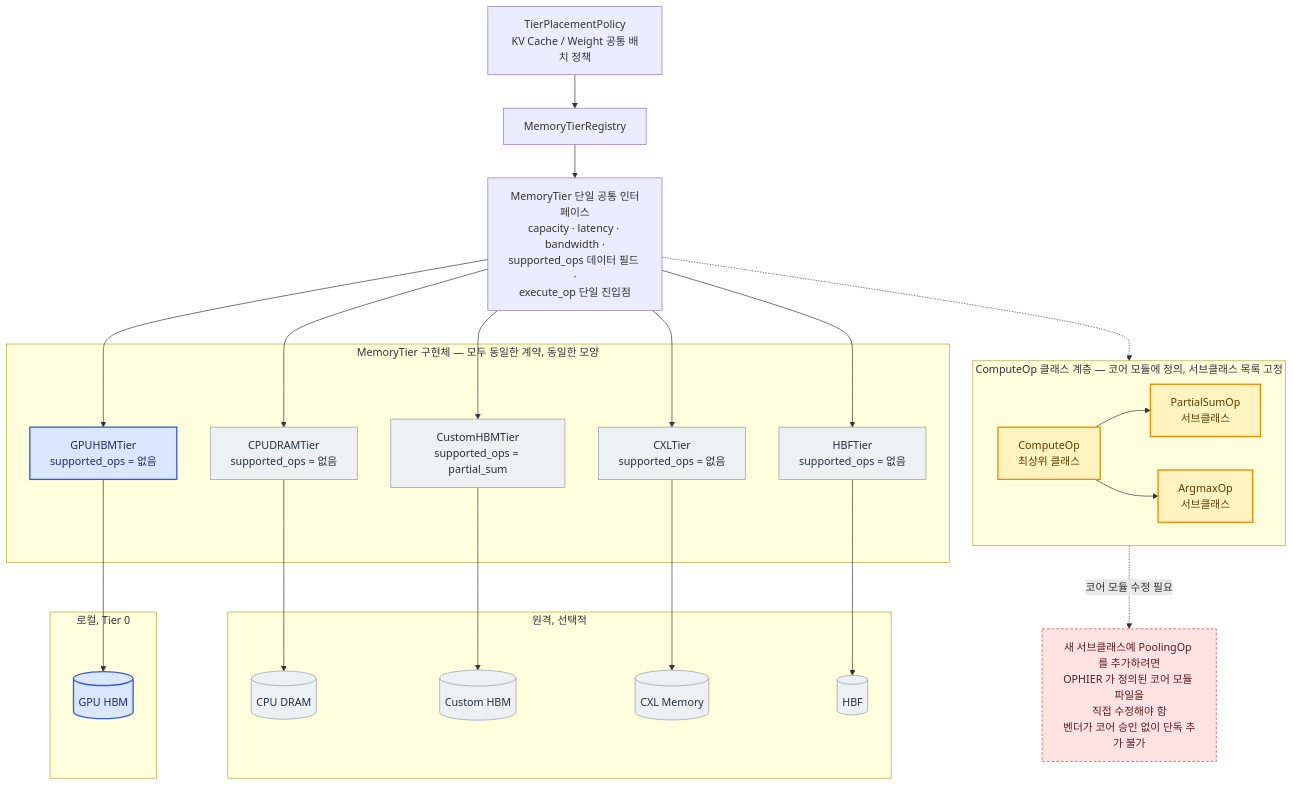
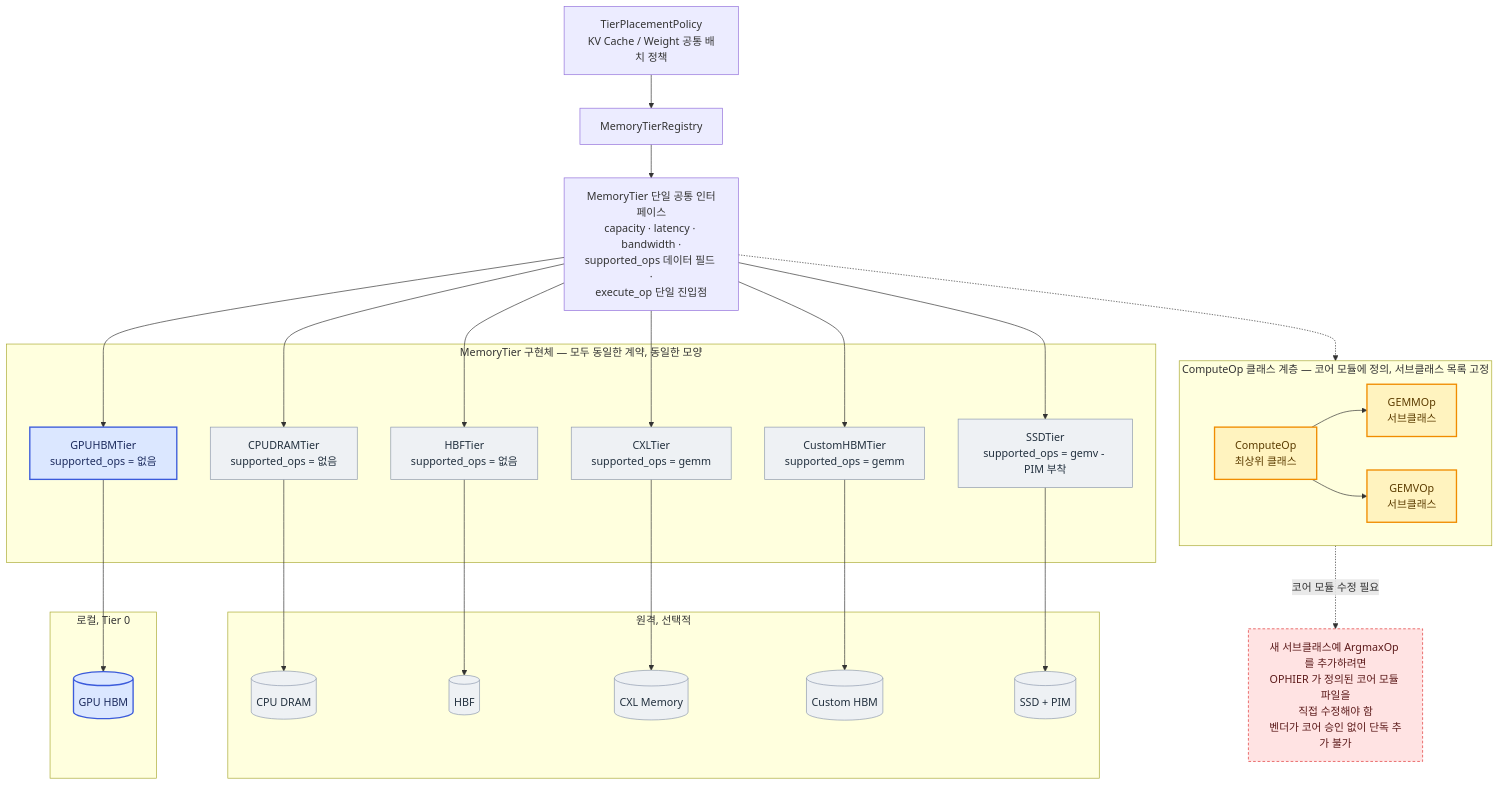
The first of 8 diagrams in doc-mk/vllm-memory-abstraction-level-candidates.md (mkim0628/vllm), drawn with Mermaid before and after one commit. The commit also changed other lines of this file, not shown here.

````diff
--- a/doc-mk/vllm-memory-abstraction-level-candidates.md
+++ b/doc-mk/vllm-memory-abstraction-level-candidates.md
@@ -98,52 +99,55 @@
 ```mermaid
 graph TD
     TPP["TierPlacementPolicy<br/>KV Cache / Weight 공통 배치 정책"]
     REGISTRY["MemoryTierRegistry"]
     IFACE["MemoryTier 단일 공통 인터페이스<br/>capacity · latency · bandwidth ·<br/>supported_ops 데이터 필드 ·<br/>execute_op 단일 진입점"]
 
     subgraph OPHIER["ComputeOp 클래스 계층 — 코어 모듈에 정의, 서브클래스 목록 고정"]
         COMPUTEOP["ComputeOp<br/>최상위 클래스"]
-        PARTIALSUM["PartialSumOp<br/>서브클래스"]
-        ARGMAX["ArgmaxOp<br/>서브클래스"]
-        COMPUTEOP --> PARTIALSUM
-        COMPUTEOP --> ARGMAX
+        GEMMOP["GEMMOp<br/>서브클래스"]
+        GEMVOP["GEMVOp<br/>서브클래스"]
+        COMPUTEOP --> GEMMOP
+        COMPUTEOP --> GEMVOP
     end
 
     subgraph PLUGINS["MemoryTier 구현체 — 모두 동일한 계약, 동일한 모양"]
         GPUHBM["GPUHBMTier<br/>supported_ops = 없음"]
         DRAMT["CPUDRAMTier<br/>supported_ops = 없음"]
-        CUSTOMT["CustomHBMTier<br/>supported_ops = partial_sum"]
-        CXLT["CXLTier<br/>supported_ops = 없음"]
         HBFT["HBFTier<br/>supported_ops = 없음"]
+        CXLT["CXLTier<br/>supported_ops = gemm"]
+        CUSTOMT["CustomHBMTier<br/>supported_ops = gemm"]
+        SSDT["SSDTier<br/>supported_ops = gemv - PIM 부착"]
     end
 
     subgraph PHYS_LOCAL["로컬, Tier 0"]
         HBM_PHYS[("GPU HBM")]
     end
     subgraph PHYS_REMOTE["원격, 선택적"]
         DRAM_PHYS[("CPU DRAM")]
+        HBF_PHYS[("HBF")]
+        CXL_PHYS[("CXL Memory")]
         CUSTOM_PHYS[("Custom HBM")]
-        CXL_PHYS[("CXL Memory")]
-        HBF_PHYS[("HBF")]
+        SSD_PHYS[("SSD + PIM")]
     end
 
-    NEWOP["새 서브클래스예 PoolingOp 를 추가하려면<br/>OPHIER 가 정의된 코어 모듈 파일을<br/>직접 수정해야 함<br/>벤더가 코어 승인 없이 단독 추가 불가"]
+    NEWOP["새 서브클래스예 ArgmaxOp 를 추가하려면<br/>OPHIER 가 정의된 코어 모듈 파일을<br/>직접 수정해야 함<br/>벤더가 코어 승인 없이 단독 추가 불가"]
 
     TPP --> REGISTRY --> IFACE
     IFACE -.-> OPHIER
     IFACE --> GPUHBM --> HBM_PHYS
     IFACE --> DRAMT --> DRAM_PHYS
+    IFACE --> HBFT --> HBF_PHYS
+    IFACE --> CXLT --> CXL_PHYS
     IFACE --> CUSTOMT --> CUSTOM_PHYS
-    IFACE --> CXLT --> CXL_PHYS
-    IFACE --> HBFT --> HBF_PHYS
+    IFACE --> SSDT --> SSD_PHYS
     OPHIER -. "코어 모듈 수정 필요" .-> NEWOP
 
     classDef localMem fill:#dbe7ff,stroke:#3b5bdb,color:#1c2b5e,stroke-width:2px;
     classDef remoteMem fill:#eef1f4,stroke:#8d99ae,color:#22303e,stroke-width:1px;
     classDef hierBox fill:#fff3bf,stroke:#f08c00,color:#5c3c00,stroke-width:2px;
     classDef warnBox fill:#ffe3e3,stroke:#e03131,color:#5c1a1a,stroke-width:1px,stroke-dasharray: 4 3;
     class HBM_PHYS,GPUHBM localMem
-    class DRAM_PHYS,CUSTOM_PHYS,CXL_PHYS,HBF_PHYS,DRAMT,CUSTOMT,CXLT,HBFT remoteMem
-    class COMPUTEOP,PARTIALSUM,ARGMAX hierBox
+    class DRAM_PHYS,HBF_PHYS,CXL_PHYS,CUSTOM_PHYS,SSD_PHYS,DRAMT,HBFT,CXLT,CUSTOMT,SSDT remoteMem
+    class COMPUTEOP,GEMMOP,GEMVOP hierBox
     class NEWOP warnBox
 ```
````
